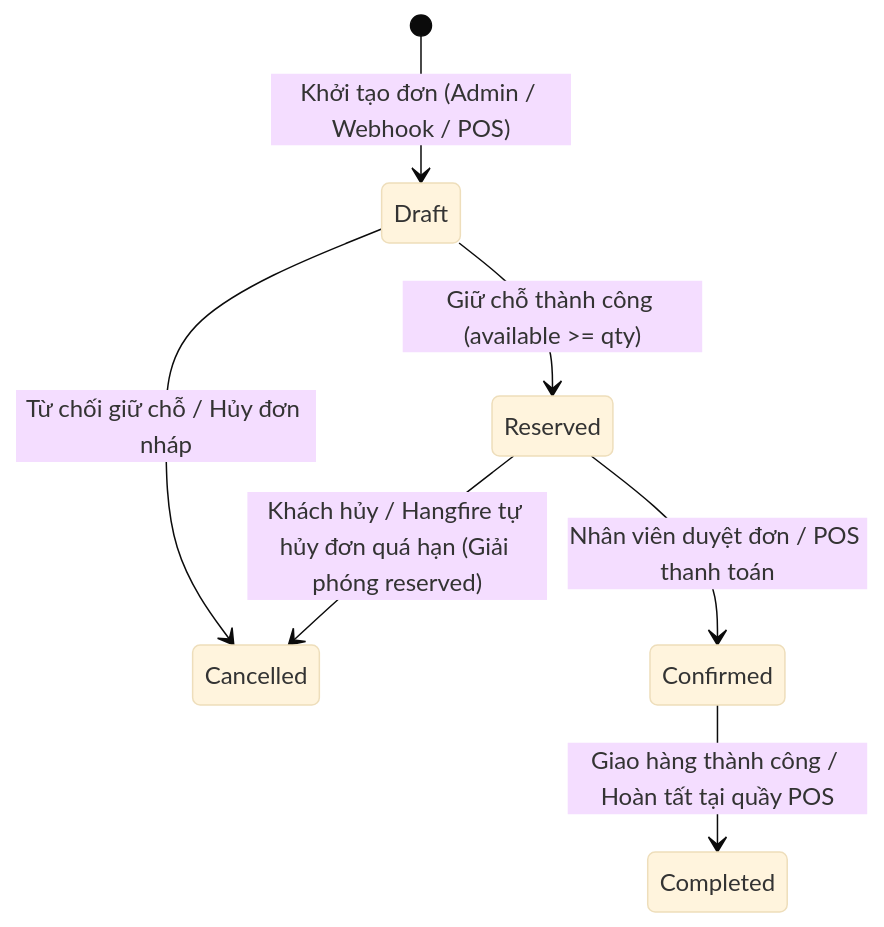
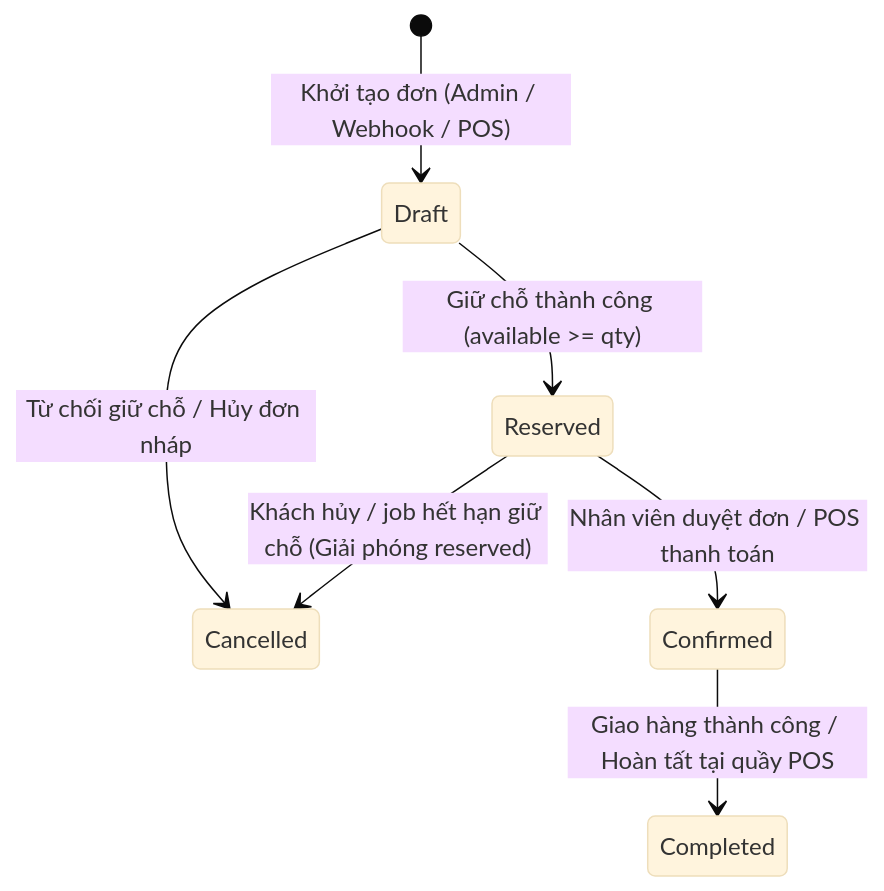
The second of 2 diagrams in docs/00-overview/02-core-domain-concepts.md (khoalvd839764-netizen/OISMS), drawn with Mermaid (base theme) before and after one commit. The commit also changed other lines of this file and 103 other files, not shown here.

````diff
--- a/docs/00-overview/02-core-domain-concepts.md
+++ b/docs/00-overview/02-core-domain-concepts.md
@@ -113,9 +114,9 @@
 ```mermaid
 stateDiagram-v2
     [*] --> Draft : Khởi tạo đơn (Admin / Webhook / POS)
     Draft --> Reserved : Giữ chỗ thành công (available >= qty)
     Draft --> Cancelled : Từ chối giữ chỗ / Hủy đơn nháp
     Reserved --> Confirmed : Nhân viên duyệt đơn / POS thanh toán
-    Reserved --> Cancelled : Khách hủy / Hangfire tự hủy đơn quá hạn (Giải phóng reserved)
+    Reserved --> Cancelled : Khách hủy / job hết hạn giữ chỗ (Giải phóng reserved)
     Confirmed --> Completed : Giao hàng thành công / Hoàn tất tại quầy POS
 ```
````
